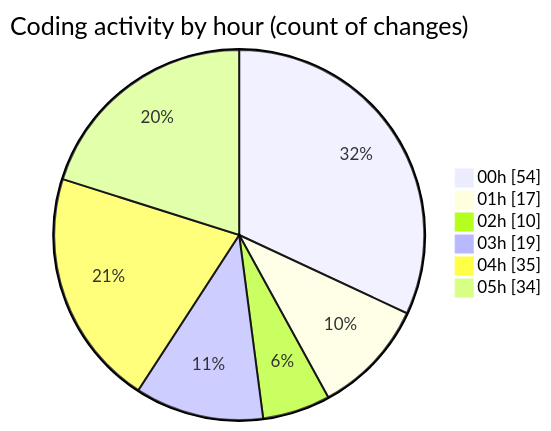
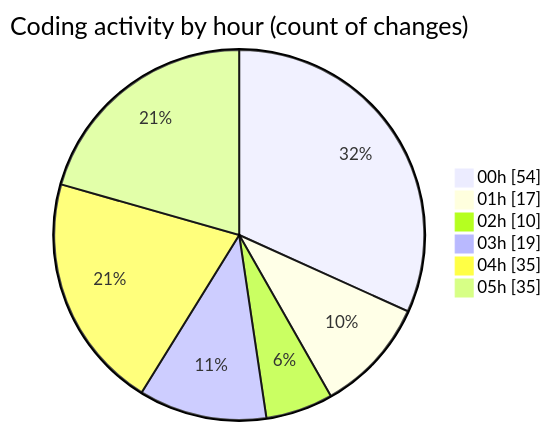
Before and after one commit to lephambinh05/code-tracking: the second of 2 diagrams in 2025-07-26/quanlyrapchieuphim-1/README.md, drawn with Mermaid. The commit also changed other lines of this file and 1 other file, not shown here.

````diff
--- a/2025-07-26/quanlyrapchieuphim-1/README.md
+++ b/2025-07-26/quanlyrapchieuphim-1/README.md
@@ -53,10 +53,10 @@
 ```mermaid
 pie showData
 title Coding activity by hour (count of changes)
 "00h" : 54
 "01h" : 17
 "02h" : 10
 "03h" : 19
 "04h" : 35
-"05h" : 34
+"05h" : 35
 ```
````
